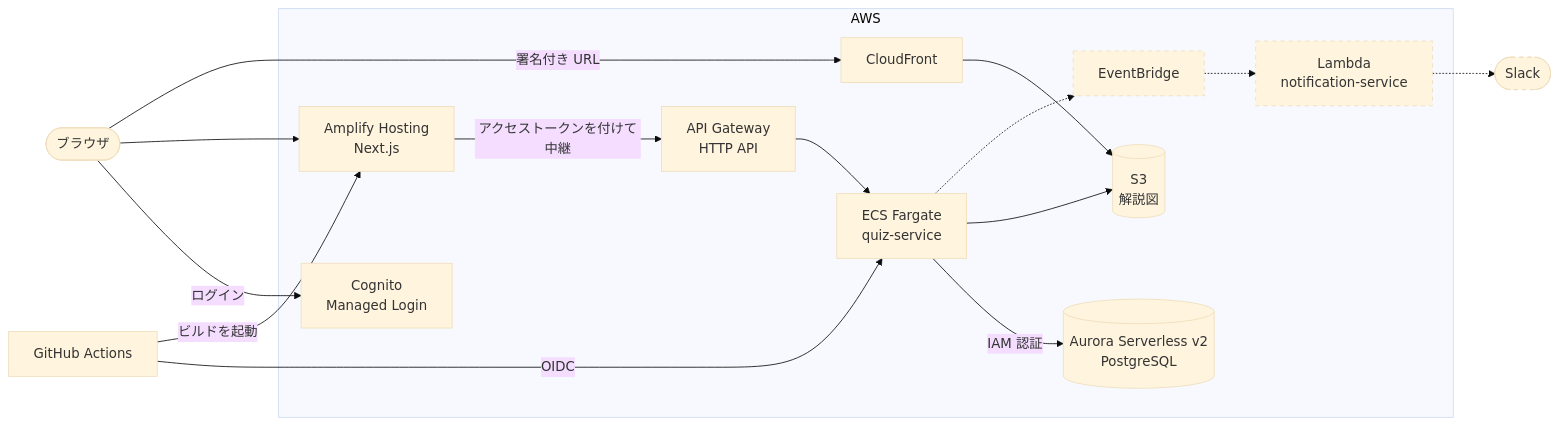
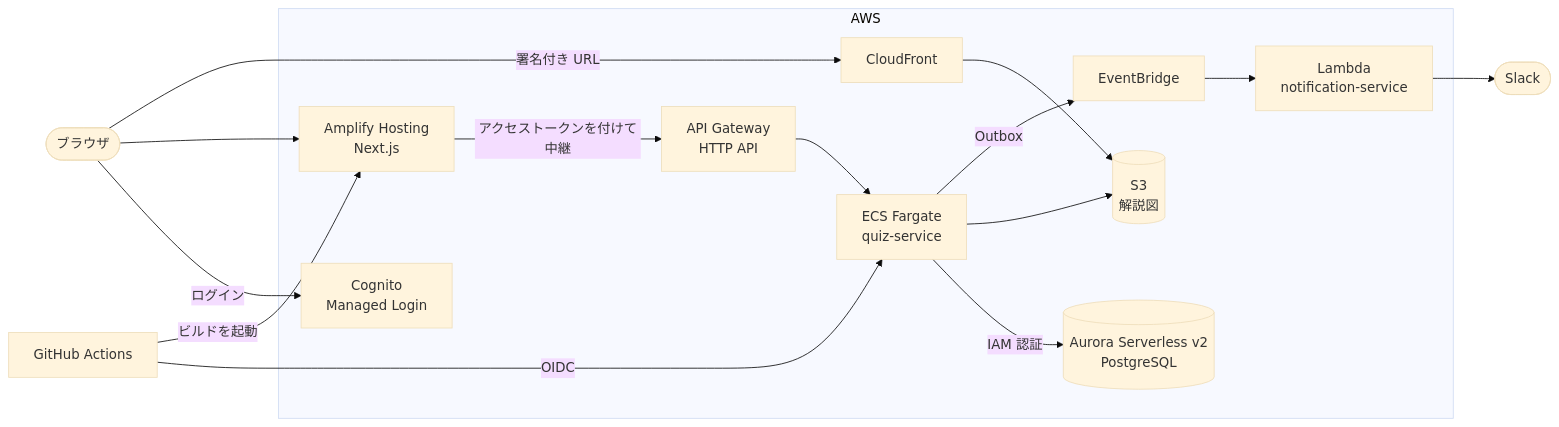
One commit to fujitamasayoshi0402/quiz-app changed the diagram in README.md. Above: the diagram before and after it, drawn with Mermaid (base theme). The commit also changed other lines of this file and 6 other files, not shown here.

First line of the commit message:
docs(architecture): C4 のコンテキスト図とコンテナ図を draw.io で描き、README から見られるようにする (DEV-131)

````diff
--- a/README.md
+++ b/README.md
@@ -52,30 +59,28 @@
 ```mermaid
 flowchart LR
   browser([ブラウザ])
   gha[GitHub Actions]
-  slack([Slack]):::planned
+  slack([Slack])
 
   subgraph aws [AWS]
     cognito[Cognito<br/>Managed Login]
     amplify[Amplify Hosting<br/>Next.js]
     apigw[API Gateway<br/>HTTP API]
     ecs[ECS Fargate<br/>quiz-service]
     aurora[(Aurora Serverless v2<br/>PostgreSQL)]
     s3[(S3<br/>解説図)]
     cloudfront[CloudFront]
-    eventbridge[EventBridge]:::planned
-    lambda[Lambda<br/>notification-service]:::planned
+    eventbridge[EventBridge]
+    lambda[Lambda<br/>notification-service]
   end
 
   browser -- ログイン --> cognito
   browser --> amplify
   amplify -- アクセストークンを付けて中継 --> apigw --> ecs
   ecs -- IAM 認証 --> aurora
   ecs --> s3
   browser -- 署名付き URL --> cloudfront --> s3
-  ecs -.-> eventbridge -.-> lambda -.-> slack
+  ecs -- Outbox --> eventbridge --> lambda --> slack
   gha -- OIDC --> ecs
   gha -- ビルドを起動 --> amplify
-
-  classDef planned stroke-dasharray: 5 5
 ```
````
